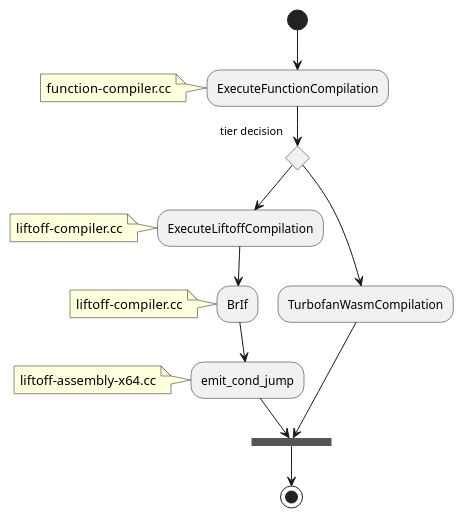
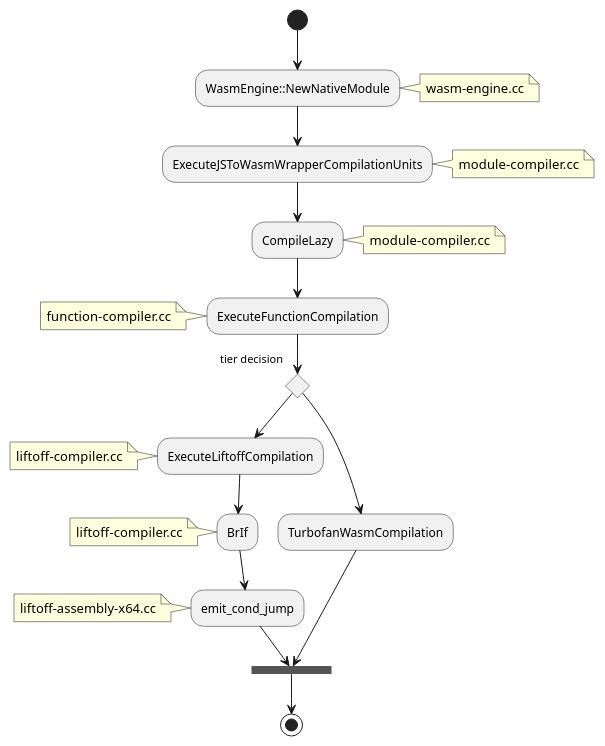
The diagram in markdowns/ocean/uml/WASM/v8_wasm_compiler.puml (JesseCodeBones/JesseCodeBones.github.io), drawn with PlantUML before and after one commit. The commit also changed 1 other file, not shown here.

Commit message:
v8 compiler and debug

```diff
--- a/markdowns/ocean/uml/WASM/v8_wasm_compiler.puml
+++ b/markdowns/ocean/uml/WASM/v8_wasm_compiler.puml
@@ -1,17 +1,23 @@
 @startuml
-(*) --> "ExecuteFunctionCompilation"
+(*) --> "WasmEngine::NewNativeModule"
+note right: wasm-engine.cc
+--> "ExecuteJSToWasmWrapperCompilationUnits"
+note right: module-compiler.cc
+--> "CompileLazy"
+note right: module-compiler.cc
+--> "ExecuteFunctionCompilation"
 note left: function-compiler.cc
 if "tier decision" then 
 -->"ExecuteLiftoffCompilation"
 note left: liftoff-compiler.cc
 -->"BrIf"
 note left: liftoff-compiler.cc
 -->"emit_cond_jump"
 note left: liftoff-assembly-x64.cc
 -->===B1===
 else
 -->"TurbofanWasmCompilation"
 -->===B1===
 endif
 -->(*)
 @enduml
```
